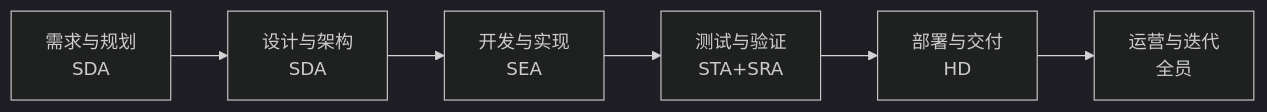
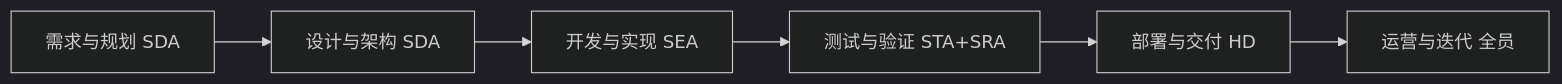
The third of 6 diagrams in README.md (winyeahs/opd), drawn with Mermaid (dark theme) before and after one commit. The commit also changed other lines of this file and 8 other files, not shown here.

````diff
--- a/README.md
+++ b/README.md
@@ -111,11 +106,11 @@
 ```mermaid
 graph LR
-    S1[需求与规划<br/>SDA]
-    S2[设计与架构<br/>SDA]
-    S3[开发与实现<br/>SEA]
-    S4[测试与验证<br/>STA+SRA]
-    S5[部署与交付<br/>HD]
-    S6[运营与迭代<br/>全员]
+    S1[需求与规划 SDA]
+    S2[设计与架构 SDA]
+    S3[开发与实现 SEA]
+    S4[测试与验证 STA+SRA]
+    S5[部署与交付 HD]
+    S6[运营与迭代 全员]
     
     S1 --> S2 --> S3 --> S4 --> S5 --> S6
 ```
````
